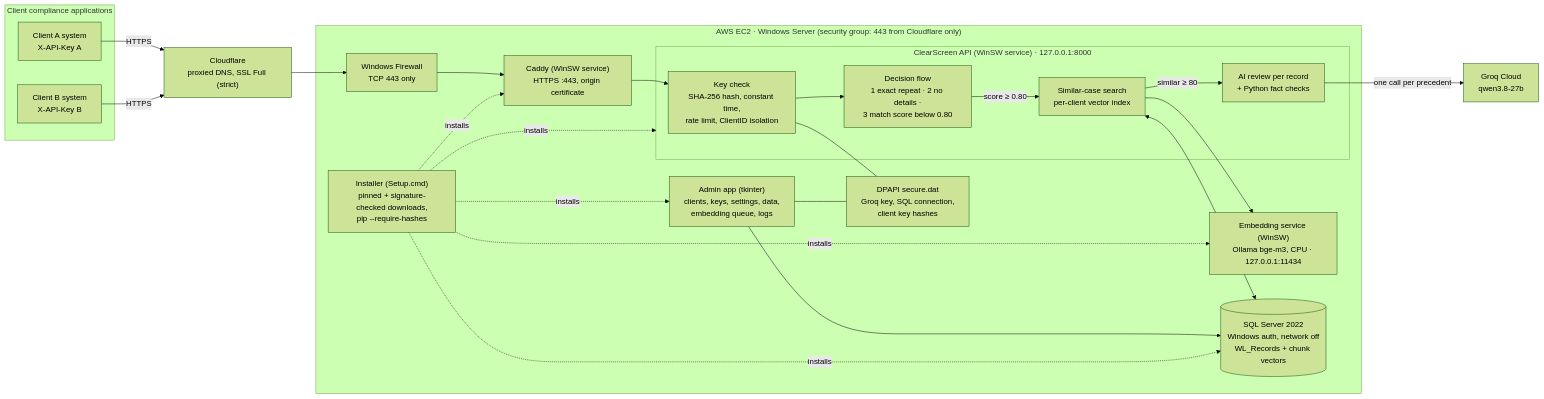
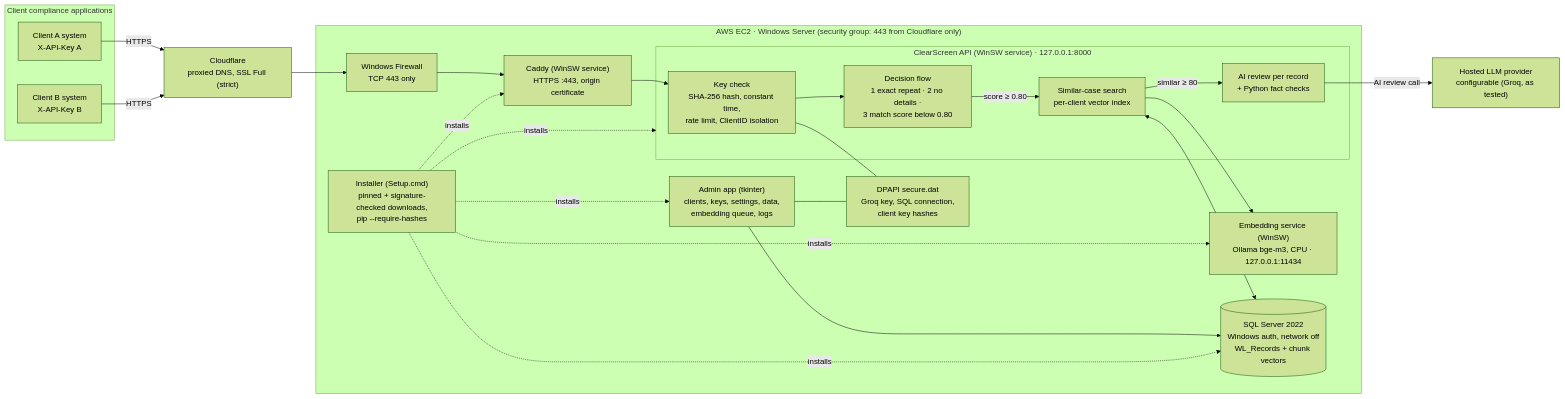
The diagram in README.md (Ark310/clearscreen), drawn with Mermaid (forest theme) before and after one commit. The commit also changed other lines of this file and 3 other files, not shown here.

First line of the commit message:
docs: describe the AI review as a configurable hosted LLM provider (Groq, as tested)

````diff
--- a/README.md
+++ b/README.md
@@ -96,35 +97,35 @@
 ```mermaid
 flowchart LR
     subgraph Clients["Client compliance applications"]
         CA["Client A system<br/>X-API-Key A"]
         CB["Client B system<br/>X-API-Key B"]
     end
     CF["Cloudflare<br/>proxied DNS, SSL Full (strict)"]
     subgraph EC2["AWS EC2 · Windows Server (security group: 443 from Cloudflare only)"]
         FW["Windows Firewall<br/>TCP 443 only"]
         CADDY["Caddy (WinSW service)<br/>HTTPS :443, origin certificate"]
         subgraph APISVC["ClearScreen API (WinSW service) · 127.0.0.1:8000"]
             AUTH["Key check<br/>SHA-256 hash, constant time,<br/>rate limit, ClientID isolation"]
             FLOW["Decision flow<br/>1 exact repeat · 2 no details ·<br/>3 match score below 0.80"]
             SIM["Similar-case search<br/>per-client vector index"]
             AIR["AI review per record<br/>+ Python fact checks"]
         end
         EMB["Embedding service (WinSW)<br/>Ollama bge-m3, CPU · 127.0.0.1:11434"]
         SQL[("SQL Server 2022<br/>Windows auth, network off<br/>WL_Records + chunk vectors")]
         SEC["DPAPI secure.dat<br/>Groq key, SQL connection,<br/>client key hashes"]
         ADMIN["Admin app (tkinter)<br/>clients, keys, settings, data,<br/>embedding queue, logs"]
         INST["Installer (Setup.cmd)<br/>pinned + signature-checked downloads,<br/>pip --require-hashes"]
     end
-    GROQ["Groq Cloud<br/>qwen3.8-27b"]
+    GROQ["Hosted LLM provider<br/>configurable (Groq, as tested)"]
 
     CA & CB -->|HTTPS| CF --> FW --> CADDY --> AUTH --> FLOW
     FLOW -->|score ≥ 0.80| SIM
     SIM -->|similar ≥ 80| AIR
-    AIR -->|one call per precedent| GROQ
+    AIR -->|AI review call| GROQ
     SIM --> EMB
     SIM <--> SQL
     AUTH --- SEC
     ADMIN --> SQL
     ADMIN --- SEC
     INST -.installs.-> CADDY & APISVC & EMB & SQL & ADMIN
 ```
````
